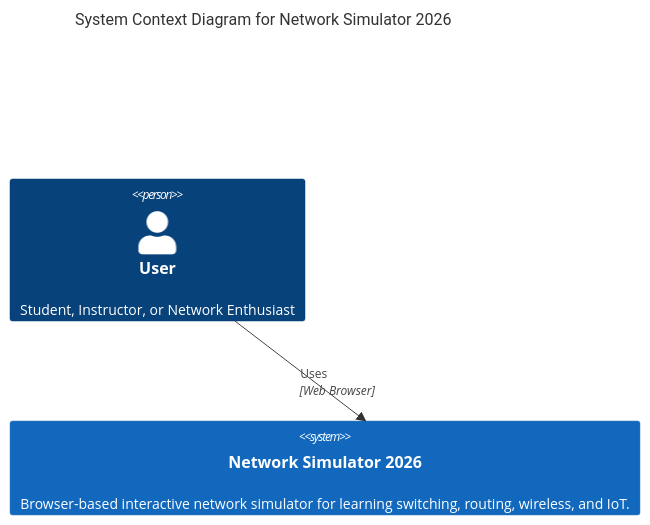
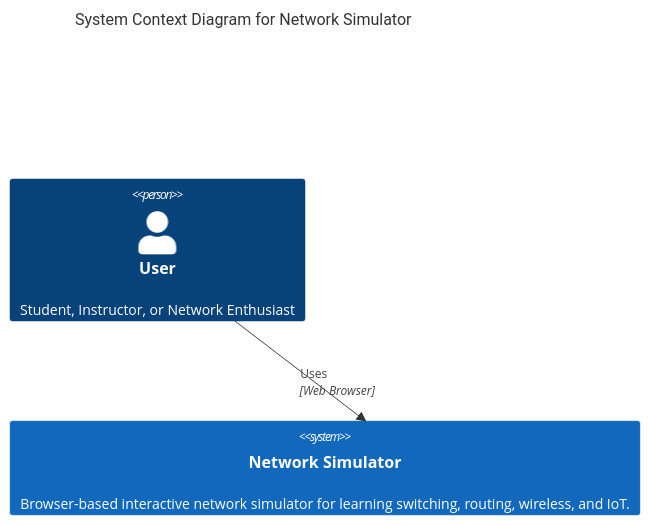
One commit to tbagriyanik/NetworkSimulator changed the first of 2 diagrams in README.md. Above: the diagram before and after it, drawn with Mermaid. The commit also changed other lines of this file and 9 other files, not shown here.

````diff
--- a/README.md
+++ b/README.md
@@ -115,9 +115,9 @@
 ```mermaid
 C4Context
-    title System Context Diagram for Network Simulator 2026
+    title System Context Diagram for Network Simulator
     
     Person(user, "User", "Student, Instructor, or Network Enthusiast")
-    System(netsim, "Network Simulator 2026", "Browser-based interactive network simulator for learning switching, routing, wireless, and IoT.")
+    System(netsim, "Network Simulator", "Browser-based interactive network simulator for learning switching, routing, wireless, and IoT.")
     
     Rel(user, netsim, "Uses", "Web Browser")
 ```
````
